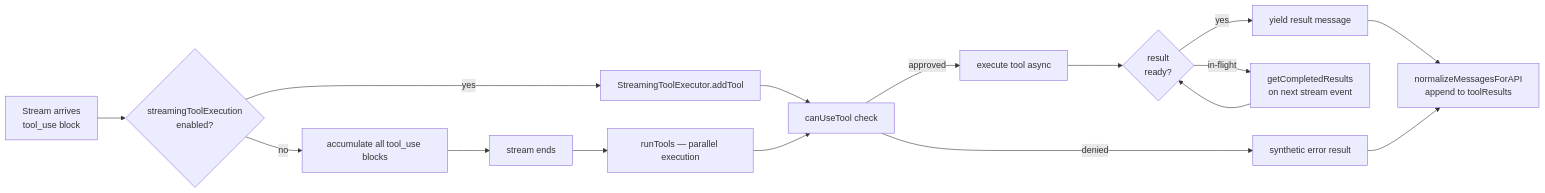
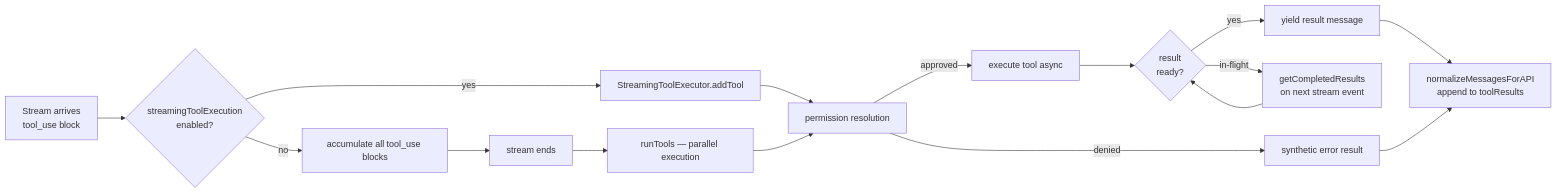
One commit to GabrielWithTina/claude-code changed the second of 4 diagrams in docs/design/query-loop.md. Above: the diagram before and after it, drawn with Mermaid. The commit also changed other lines of this file and 5 other files, not shown here.

````diff
--- a/docs/design/query-loop.md
+++ b/docs/design/query-loop.md
@@ -113,18 +155,18 @@
 ```mermaid
 flowchart LR
     A[Stream arrives\ntool_use block] --> B{streamingToolExecution\nenabled?}
     B -- yes --> C[StreamingToolExecutor.addTool]
-    C --> D[canUseTool check]
+    C --> D[permission resolution]
     D -- approved --> E[execute tool async]
     D -- denied --> F[synthetic error result]
     E --> G{result\nready?}
     G -- yes --> H[yield result message]
     G -- in-flight --> I[getCompletedResults\non next stream event]
     I --> G
     B -- no --> J[accumulate all tool_use blocks]
     J --> K[stream ends]
     K --> L[runTools — parallel execution]
     L --> D
     H --> M[normalizeMessagesForAPI\nappend to toolResults]
     F --> M
 ```
````
